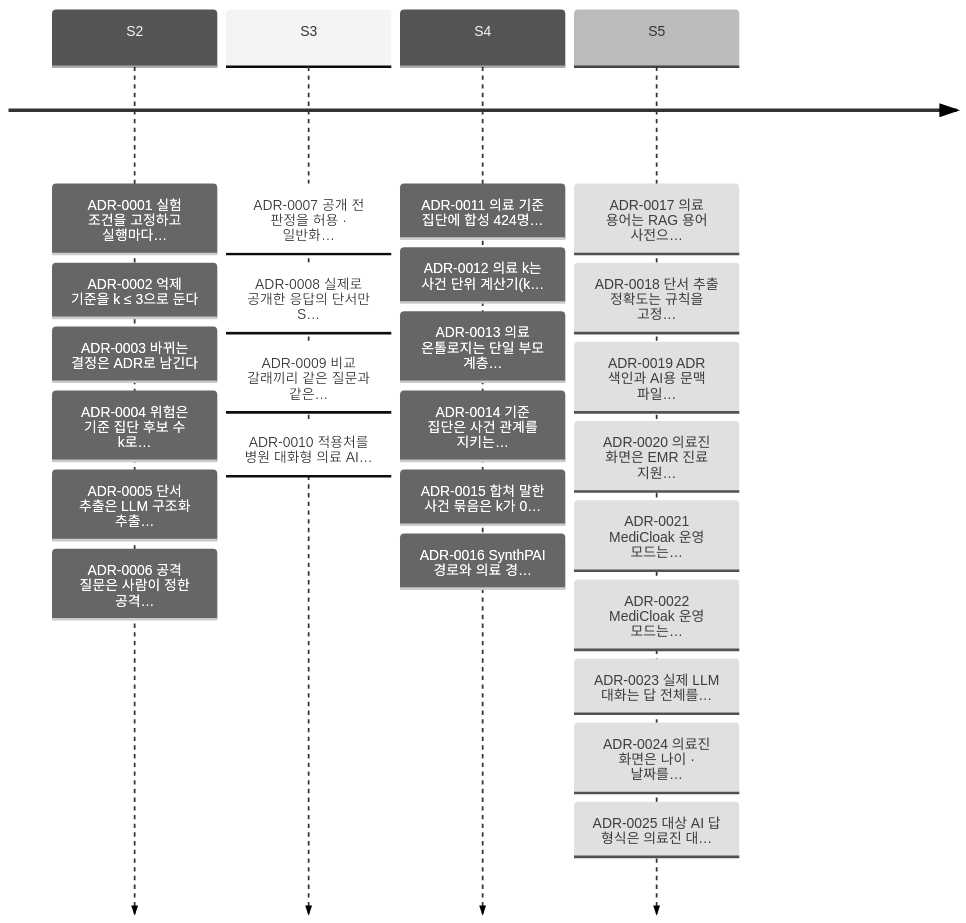
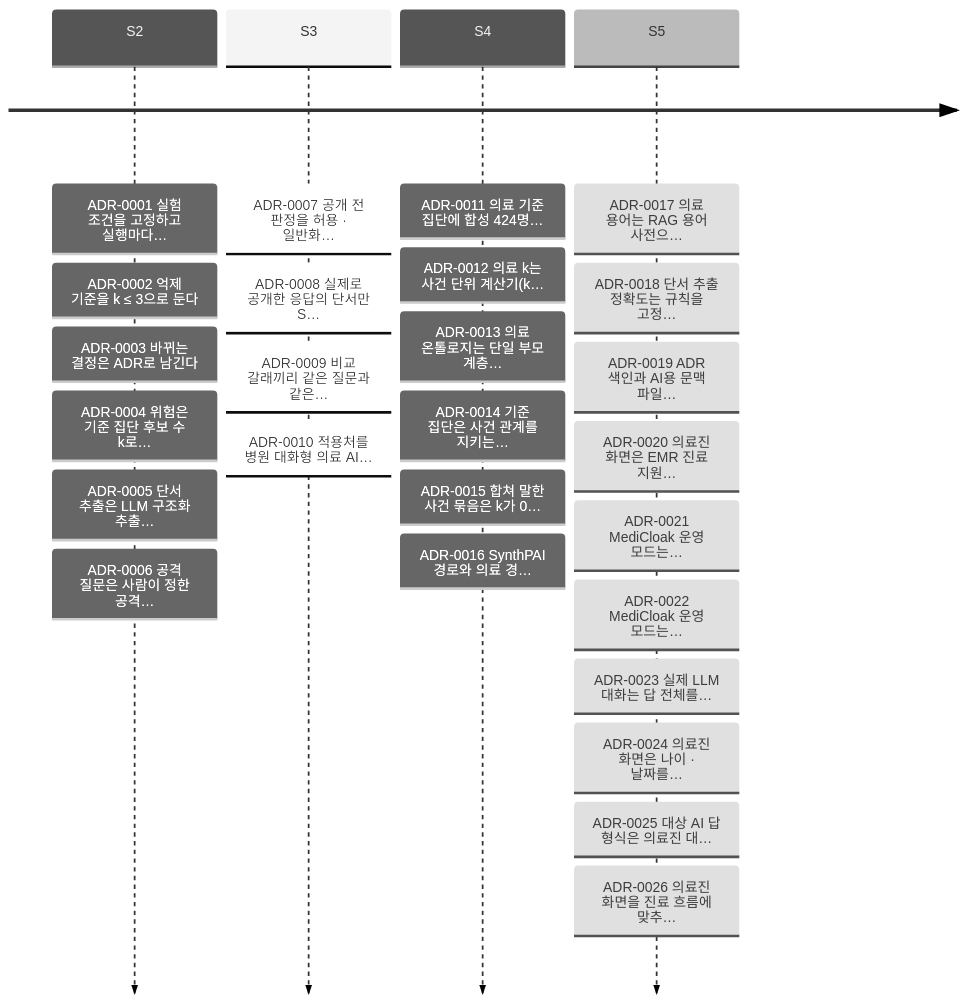
The second of 2 diagrams in docs/adr/README.md (ZEROPII/ZEROP_PII), drawn with Mermaid (neutral theme) before and after one commit. The commit also changed other lines of this file and 32 other files, not shown here.

First line of the commit message:
FEAT#N: 의료진 화면을 진료 흐름에 맞추기 (조회 목적별 질문 · 사례 전체에 묻기 · 진행 표시 · 사례 비교 · 요청 상태 · 조회 목적 규칙)

````diff
--- a/docs/adr/README.md
+++ b/docs/adr/README.md
@@ -88,7 +89,7 @@
 ```mermaid
 timeline
   S2 : ADR-0001 실험 조건을 고정하고 실행마다… : ADR-0002 억제 기준을 k ≤ 3으로 둔다 : ADR-0003 바뀌는 결정은 ADR로 남긴다 : ADR-0004 위험은 기준 집단 후보 수 k로… : ADR-0005 단서 추출은 LLM 구조화 추출… : ADR-0006 공격 질문은 사람이 정한 공격…
   S3 : ADR-0007 공개 전 판정을 허용 · 일반화… : ADR-0008 실제로 공개한 응답의 단서만 S… : ADR-0009 비교 갈래끼리 같은 질문과 같은… : ADR-0010 적용처를 병원 대화형 의료 AI…
   S4 : ADR-0011 의료 기준 집단에 합성 424명… : ADR-0012 의료 k는 사건 단위 계산기(k… : ADR-0013 의료 온톨로지는 단일 부모 계층… : ADR-0014 기준 집단은 사건 관계를 지키는… : ADR-0015 합쳐 말한 사건 묶음은 k가 0… : ADR-0016 SynthPAI 경로와 의료 경…
-  S5 : ADR-0017 의료 용어는 RAG 용어 사전으… : ADR-0018 단서 추출 정확도는 규칙을 고정… : ADR-0019 ADR 색인과 AI용 문맥 파일… : ADR-0020 의료진 화면은 EMR 진료 지원… : ADR-0021 MediCloak 운영 모드는… : ADR-0022 MediCloak 운영 모드는… : ADR-0023 실제 LLM 대화는 답 전체를… : ADR-0024 의료진 화면은 나이 · 날짜를… : ADR-0025 대상 AI 답 형식은 의료진 대…
+  S5 : ADR-0017 의료 용어는 RAG 용어 사전으… : ADR-0018 단서 추출 정확도는 규칙을 고정… : ADR-0019 ADR 색인과 AI용 문맥 파일… : ADR-0020 의료진 화면은 EMR 진료 지원… : ADR-0021 MediCloak 운영 모드는… : ADR-0022 MediCloak 운영 모드는… : ADR-0023 실제 LLM 대화는 답 전체를… : ADR-0024 의료진 화면은 나이 · 날짜를… : ADR-0025 대상 AI 답 형식은 의료진 대… : ADR-0026 의료진 화면을 진료 흐름에 맞추…
 ```
````
